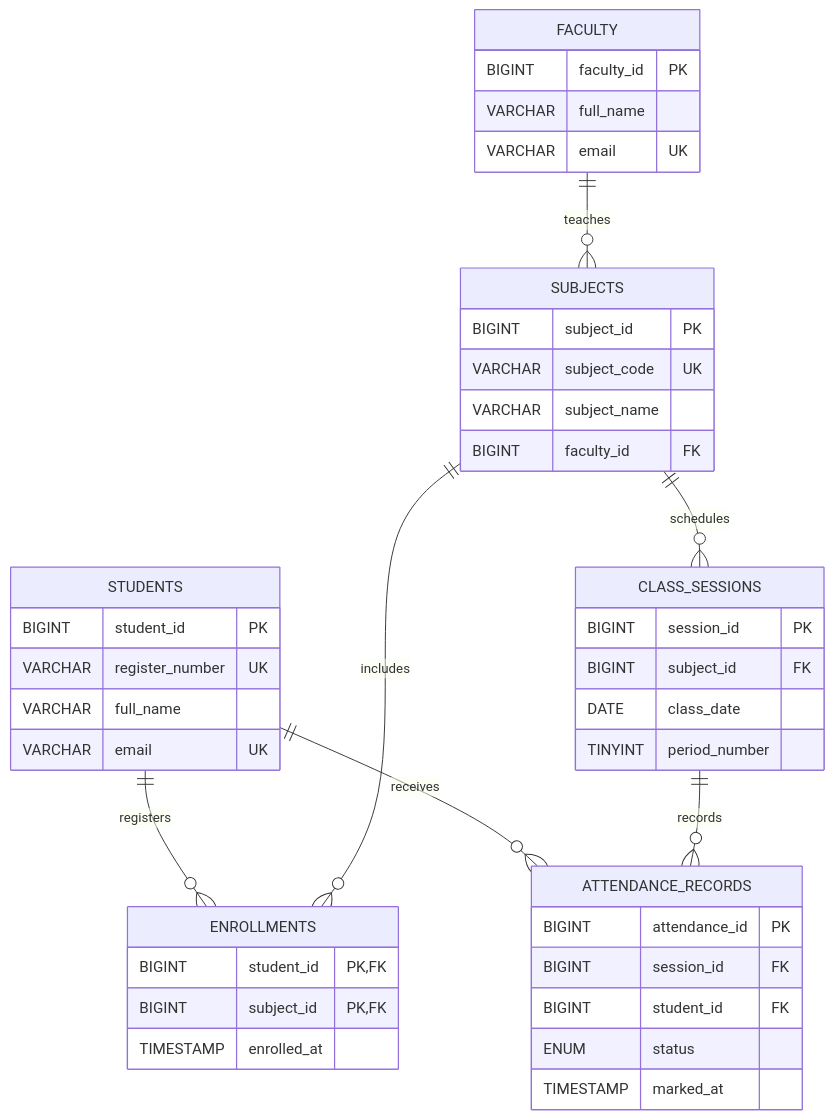
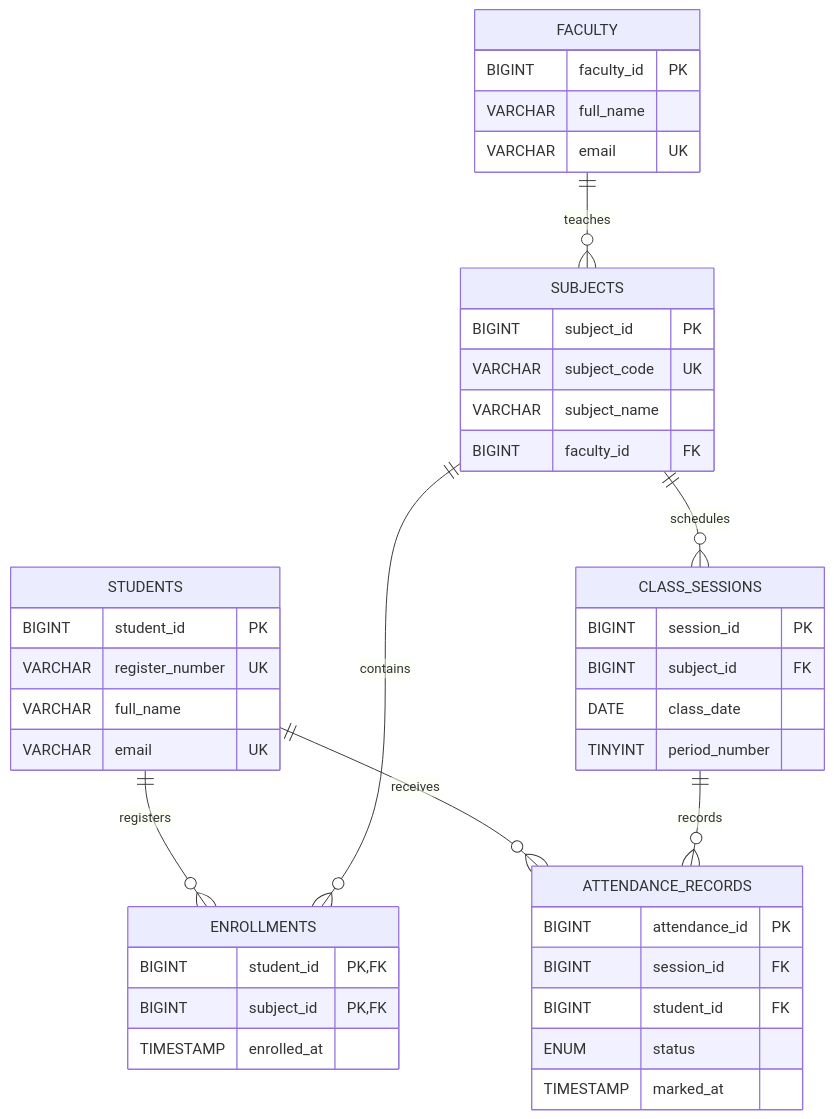
One commit to vishweshwaranbalasundaram/Attend-IQ changed the third of 3 diagrams in README.md. Above: the diagram before and after it, drawn with Mermaid. The commit also changed other lines of this file and 10 other files, not shown here.

````diff
--- a/README.md
+++ b/README.md
@@ -74,45 +140,44 @@
 ```mermaid
 erDiagram
-	FACULTY ||--o{ SUBJECTS : teaches
-	STUDENTS ||--o{ ENROLLMENTS : registers
-	SUBJECTS ||--o{ ENROLLMENTS : includes
-	SUBJECTS ||--o{ CLASS_SESSIONS : schedules
-	STUDENTS ||--o{ ATTENDANCE_RECORDS : receives
-	CLASS_SESSIONS ||--o{ ATTENDANCE_RECORDS : records
-
-	FACULTY {
-		BIGINT faculty_id PK
-		VARCHAR full_name
-		VARCHAR email UK
-	}
-	STUDENTS {
-		BIGINT student_id PK
-		VARCHAR register_number UK
-		VARCHAR full_name
-		VARCHAR email UK
-	}
-	SUBJECTS {
-		BIGINT subject_id PK
-		VARCHAR subject_code UK
-		VARCHAR subject_name
-		BIGINT faculty_id FK
-	}
-	ENROLLMENTS {
-		BIGINT student_id PK,FK
-		BIGINT subject_id PK,FK
-		TIMESTAMP enrolled_at
-	}
-	CLASS_SESSIONS {
-		BIGINT session_id PK
-		BIGINT subject_id FK
-		DATE class_date
-		TINYINT period_number
-	}
-	ATTENDANCE_RECORDS {
-		BIGINT attendance_id PK
-		BIGINT session_id FK
-		BIGINT student_id FK
-		ENUM status
-		TIMESTAMP marked_at
-	}
+    FACULTY ||--o{ SUBJECTS : teaches
+    STUDENTS ||--o{ ENROLLMENTS : registers
+    SUBJECTS ||--o{ ENROLLMENTS : contains
+    SUBJECTS ||--o{ CLASS_SESSIONS : schedules
+    STUDENTS ||--o{ ATTENDANCE_RECORDS : receives
+    CLASS_SESSIONS ||--o{ ATTENDANCE_RECORDS : records
+    FACULTY {
+        BIGINT faculty_id PK
+        VARCHAR full_name
+        VARCHAR email UK
+    }
+    SUBJECTS {
+        BIGINT subject_id PK
+        VARCHAR subject_code UK
+        VARCHAR subject_name
+        BIGINT faculty_id FK
+    }
+    STUDENTS {
+        BIGINT student_id PK
+        VARCHAR register_number UK
+        VARCHAR full_name
+        VARCHAR email UK
+    }
+    ENROLLMENTS {
+        BIGINT student_id PK,FK
+        BIGINT subject_id PK,FK
+        TIMESTAMP enrolled_at
+    }
+    CLASS_SESSIONS {
+        BIGINT session_id PK
+        BIGINT subject_id FK
+        DATE class_date
+        TINYINT period_number
+    }
+    ATTENDANCE_RECORDS {
+        BIGINT attendance_id PK
+        BIGINT session_id FK
+        BIGINT student_id FK
+        ENUM status
+        TIMESTAMP marked_at
+    }
 ```
````
